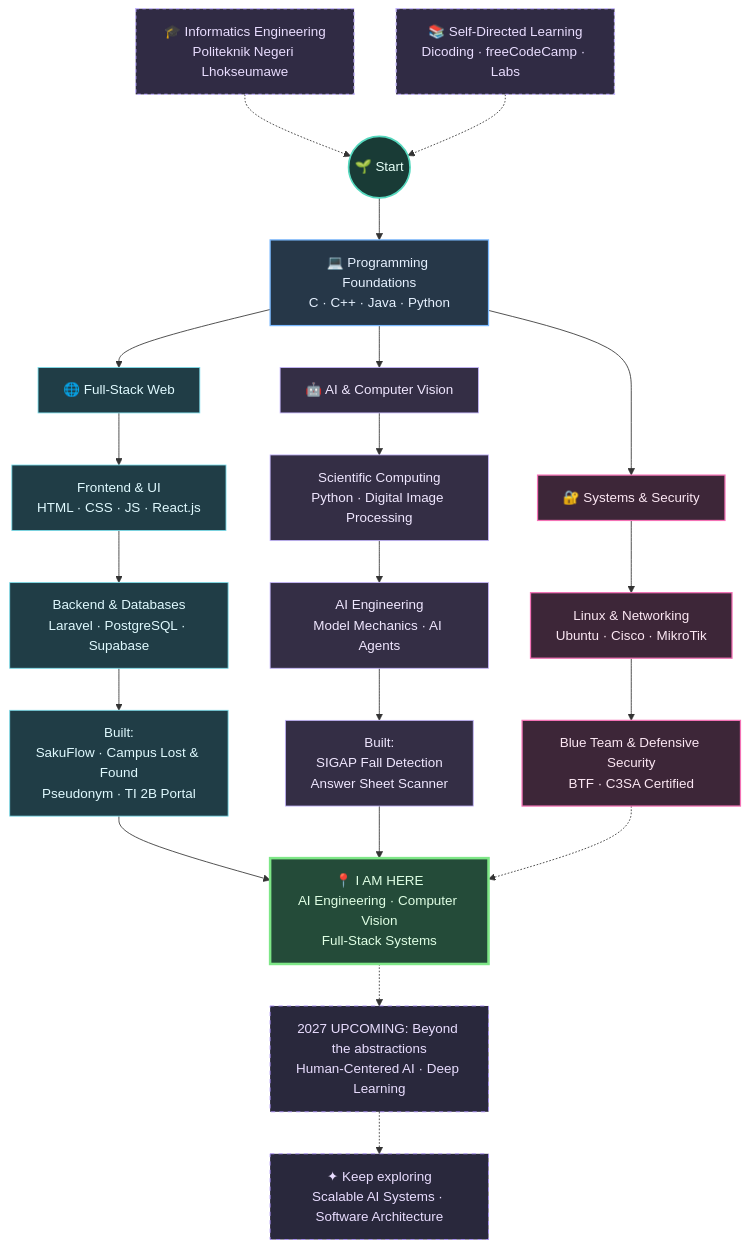
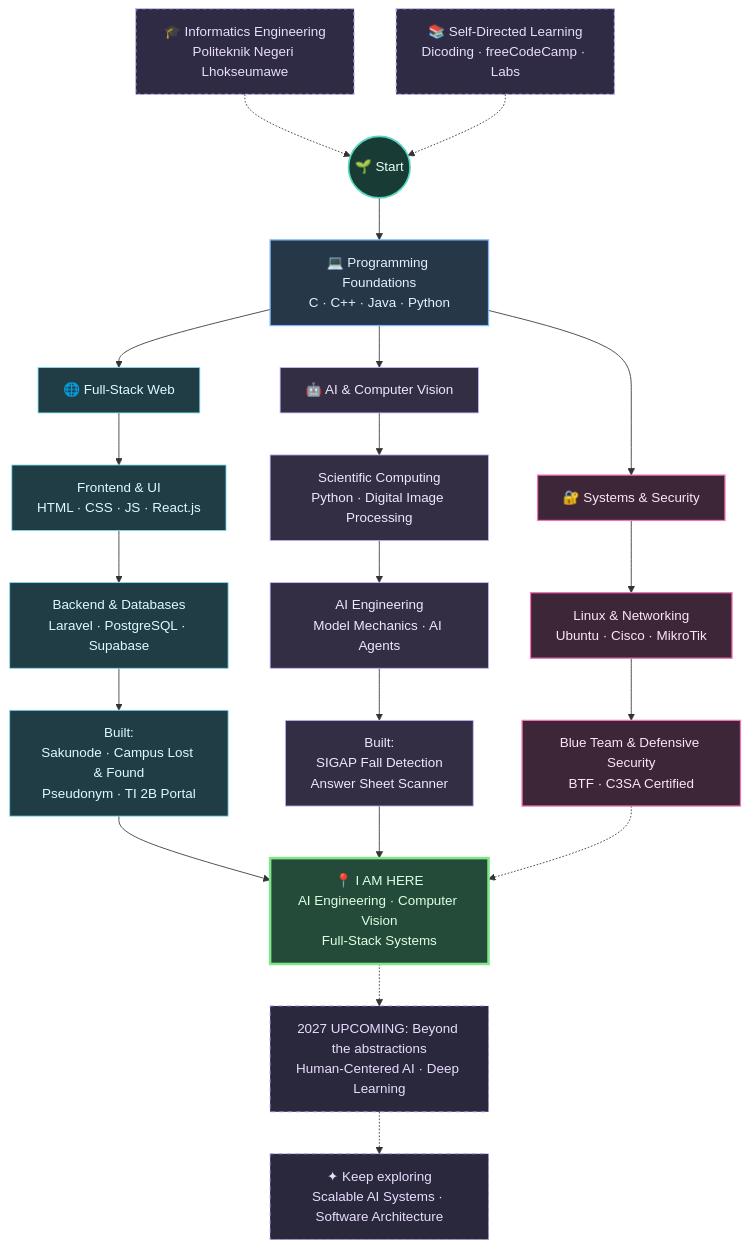
One commit to AlhadiAzumi/AlhadiAzumi changed the diagram in README.md. Above: the diagram before and after it, drawn with Mermaid. The commit also changed other lines of this file, not shown here.

````diff
--- a/README.md
+++ b/README.md
@@ -67,60 +67,60 @@
 ```mermaid
 flowchart TD
     UNI["🎓 Informatics Engineering<br/>Politeknik Negeri Lhokseumawe"]
     SELF["📚 Self-Directed Learning<br/>Dicoding · freeCodeCamp · Labs"]
 
     UNI -.-> START(("🌱 Start"))
     SELF -.-> START
 
     START --> CORE["💻 Programming Foundations<br/>C · C++ · Java · Python"]
 
     CORE --> WEB["🌐 Full-Stack Web"]
     CORE --> AI["🤖 AI & Computer Vision"]
     CORE --> SYS["🔐 Systems & Security"]
 
     WEB --> FE["Frontend & UI<br/>HTML · CSS · JS · React.js"]
     FE --> BE["Backend & Databases<br/>Laravel · PostgreSQL · Supabase"]
-    BE --> WEBP["Built:<br/>SakuFlow · Campus Lost & Found<br/>Pseudonym · TI 2B Portal"]
+    BE --> WEBP["Built:<br/>Sakunode · Campus Lost & Found<br/>Pseudonym · TI 2B Portal"]
 
     AI --> SCI["Scientific Computing<br/>Python · Digital Image Processing"]
     SCI --> AGENT["AI Engineering<br/>Model Mechanics · AI Agents"]
     AGENT --> AIP["Built:<br/>SIGAP Fall Detection<br/>Answer Sheet Scanner"]
 
     SYS --> NET["Linux & Networking<br/>Ubuntu · Cisco · MikroTik"]
     NET --> SEC["Blue Team & Defensive Security<br/>BTF · C3SA Certified"]
 
     WEBP --> NOW["📍 I AM HERE<br/>AI Engineering · Computer Vision<br/>Full-Stack Systems"]
     AIP --> NOW
     SEC -.-> NOW
 
     NOW -.-> NEXT["2027 UPCOMING: Beyond the abstractions<br/>Human-Centered AI · Deep Learning"]
 
     NEXT -.-> FUTURE["✦ Keep exploring<br/>Scalable AI Systems · Software Architecture"]
 
     %% Clickable nodes
     click CORE "[https://github.com/AlhadiAzumi/Bank-Sampah-Digital-Berbasis-Java](https://github.com/AlhadiAzumi/Bank-Sampah-Digital-Berbasis-Java)" "Explore Java & OOP Systems" _blank
     click AI "[https://github.com/AlhadiAzumi/SIGAP](https://github.com/AlhadiAzumi/SIGAP)" "Explore SIGAP Computer Vision" _blank
     click AIP "[https://github.com/AlhadiAzumi/Website-Pengecekan-Jawaban-Pilgan](https://github.com/AlhadiAzumi/Website-Pengecekan-Jawaban-Pilgan)" "Explore Image Processing Project" _blank
     click WEB "[https://github.com/AlhadiAzumi/Lost-Found](https://github.com/AlhadiAzumi/Lost-Found)" "Explore Full-Stack Web Projects" _blank
-    click WEBP "[https://github.com/AlhadiAzumi/SakuFlow](https://github.com/AlhadiAzumi/SakuFlow)" "Explore SakuFlow" _blank
+    click WEBP "[https://github.com/AlhadiAzumi/Sakunode](https://github.com/AlhadiAzumi/Sakunode)" "Explore Sakunode" _blank
     click NOW "[https://github.com/AlhadiAzumi](https://github.com/AlhadiAzumi)" "See current GitHub activity" _blank
 
     %% Styles
     classDef guide fill:#302B44,stroke:#C4B5FD,color:#E9DDFF,stroke-width:1.5px,stroke-dasharray:4 4
     classDef start fill:#193B36,stroke:#56D8BE,color:#E6FFF8,stroke-width:2px
     classDef core fill:#263748,stroke:#79B8FF,color:#E6F1FF,stroke-width:1.5px
     classDef ai fill:#342E45,stroke:#C4B5FD,color:#F0E7FF
     classDef web fill:#203D46,stroke:#79DDEB,color:#E0FAFF
     classDef security fill:#3D2638,stroke:#F472B6,color:#FCE7F3,stroke-width:1.5px
     classDef current fill:#244B39,stroke:#7EE787,color:#E0FFE5,stroke-width:3px
     classDef future fill:#29283C,stroke:#A78BFA,color:#E9DDFF,stroke-dasharray:5 5
 
     class UNI,SELF guide
     class START start
     class CORE core
     class AI,SCI,AGENT,AIP ai
     class WEB,FE,BE,WEBP web
     class SYS,NET,SEC security
     class NOW current
     class NEXT,FUTURE future
 ```
````
